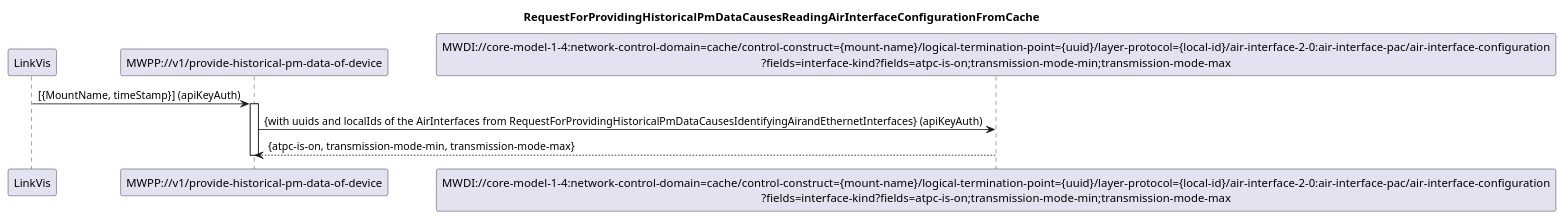
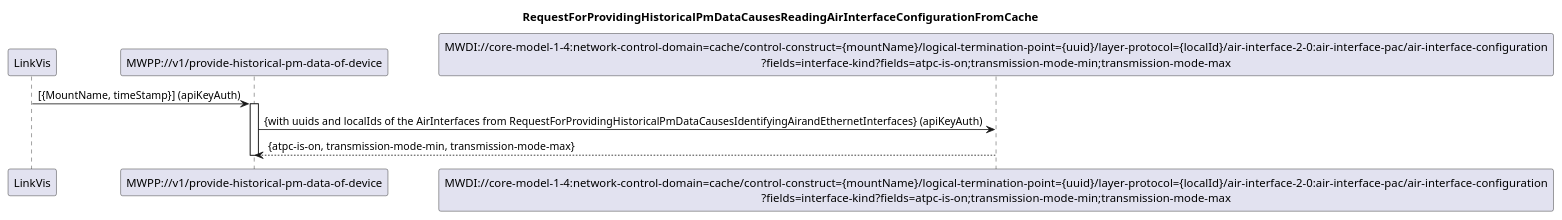
Before and after one commit to openBackhaul/MicroWavePerformanceProxy: the diagram in spec/diagrams/003_ReadingAirInterfaceConfigurationFromCache.plantuml, drawn with PlantUML. The commit also changed 4 other files, not shown here.

```diff
--- a/spec/diagrams/003_ReadingAirInterfaceConfigurationFromCache.plantuml
+++ b/spec/diagrams/003_ReadingAirInterfaceConfigurationFromCache.plantuml
@@ -1,20 +1,20 @@
 @startuml 003_ReadingAirInterfaceConfigurationFromCache
 skinparam responseMessageBelowArrow true
 
 title
 RequestForProvidingHistoricalPmDataCausesReadingAirInterfaceConfigurationFromCache
 end title
 
 participant "LinkVis" as LinkVis
 participant "MWPP://v1/provide-historical-pm-data-of-device" as MWPP
-participant "MWDI://core-model-1-4:network-control-domain=cache/control-construct={mount-name}/logical-termination-point={uuid}/layer-protocol={local-id}/air-interface-2-0:air-interface-pac/air-interface-configuration\n?fields=interface-kind?fields=atpc-is-on;transmission-mode-min;transmission-mode-max" as AirInterfaceConfig
+participant "MWDI://core-model-1-4:network-control-domain=cache/control-construct={mountName}/logical-termination-point={uuid}/layer-protocol={localId}/air-interface-2-0:air-interface-pac/air-interface-configuration\n?fields=interface-kind?fields=atpc-is-on;transmission-mode-min;transmission-mode-max" as AirInterfaceConfig
 
 LinkVis -> MWPP: [{MountName, timeStamp}] (apiKeyAuth)
 activate MWPP
 
 MWPP -> AirInterfaceConfig: {with uuids and localIds of the AirInterfaces from RequestForProvidingHistoricalPmDataCausesIdentifyingAirandEthernetInterfaces} (apiKeyAuth)
 AirInterfaceConfig --> MWPP: {atpc-is-on, transmission-mode-min, transmission-mode-max}
 
 deactivate MWPP
 
 @enduml
```
